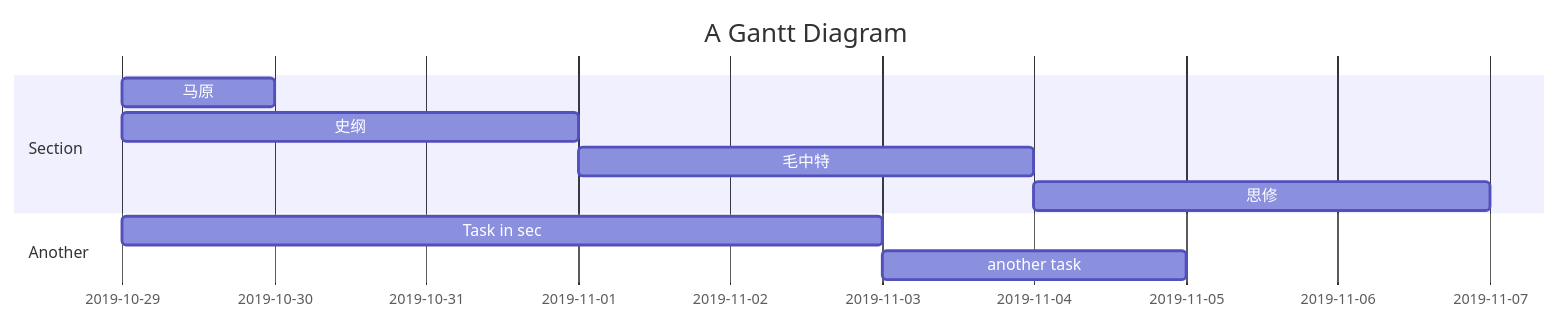
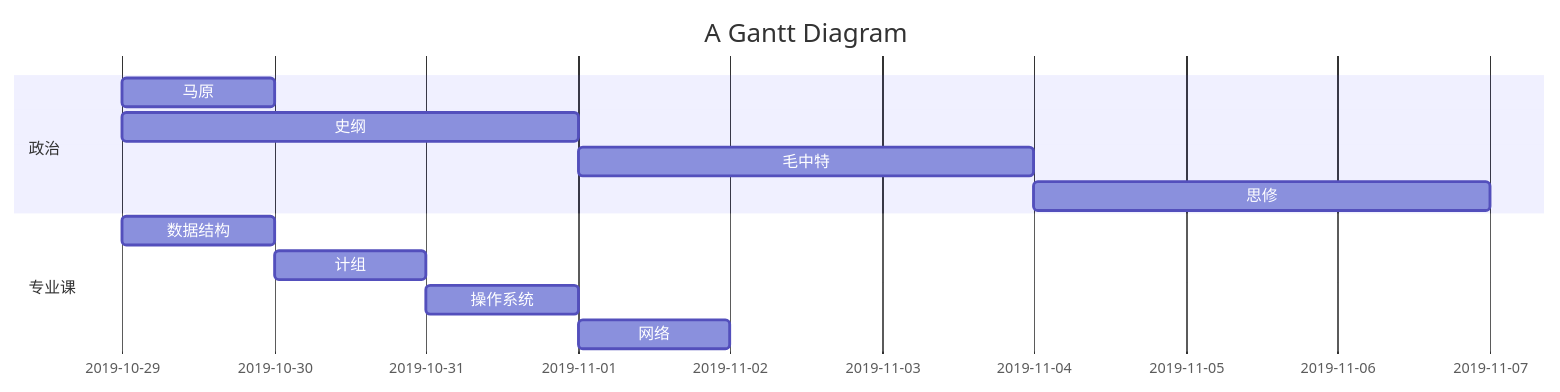
The diagram in plan.md (ZhangMingShuo/ZhangMingShuo.github.io), drawn with Mermaid before and after one commit.

````diff
--- a/plan.md
+++ b/plan.md
@@ -2,13 +2,18 @@
 ```mermaid,autorun
   gantt
     title A Gantt Diagram
     dateFormat  YYYY-MM-DD
-    section Section
+    section 政治
     马原           :a1, 2019-10-29, 1d
     史纲     :a2, 2019-10-29  , 3d
     毛中特 : a3,after a2,3d
     思修 :a4,after a3,3d  
-    section Another
-    Task in sec      :2019-10-29  , 5d
-    another task      : 2d
+    section 专业课
+    数据结构      :c1,2019-10-29 , 1d
+    计组      :c2,after c1  , 1d
+    操作系统: c3,after c2,1d
+    网络 :c4,after c3,1d
+   
+    
+
 ```
````
